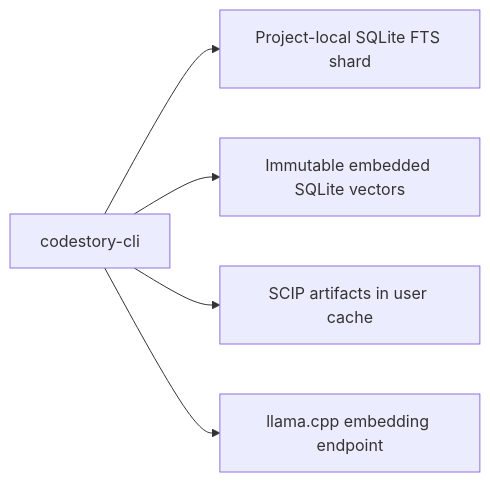
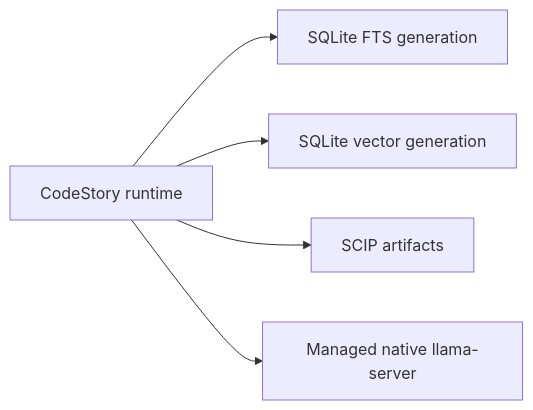
The diagram in docs/ops/retrieval-sidecars.md (TheGreenCedar/CodeStory), drawn with Mermaid before and after one commit. The commit also changed other lines of this file and 24 other files, not shown here.

````diff
--- a/docs/ops/retrieval-sidecars.md
+++ b/docs/ops/retrieval-sidecars.md
@@ -36,7 +12,7 @@
 ```mermaid
 flowchart LR
-    cli[codestory-cli] --> lexical["Project-local SQLite FTS shard"]
-    cli --> vectors["Immutable embedded SQLite vectors"]
-    cli --> scip[SCIP artifacts in user cache]
-    cli --> embed[llama.cpp embedding endpoint]
+    cli["CodeStory runtime"] --> lexical["SQLite FTS generation"]
+    cli --> vectors["SQLite vector generation"]
+    cli --> scip["SCIP artifacts"]
+    cli --> embed["Managed native llama-server"]
 ```
````
